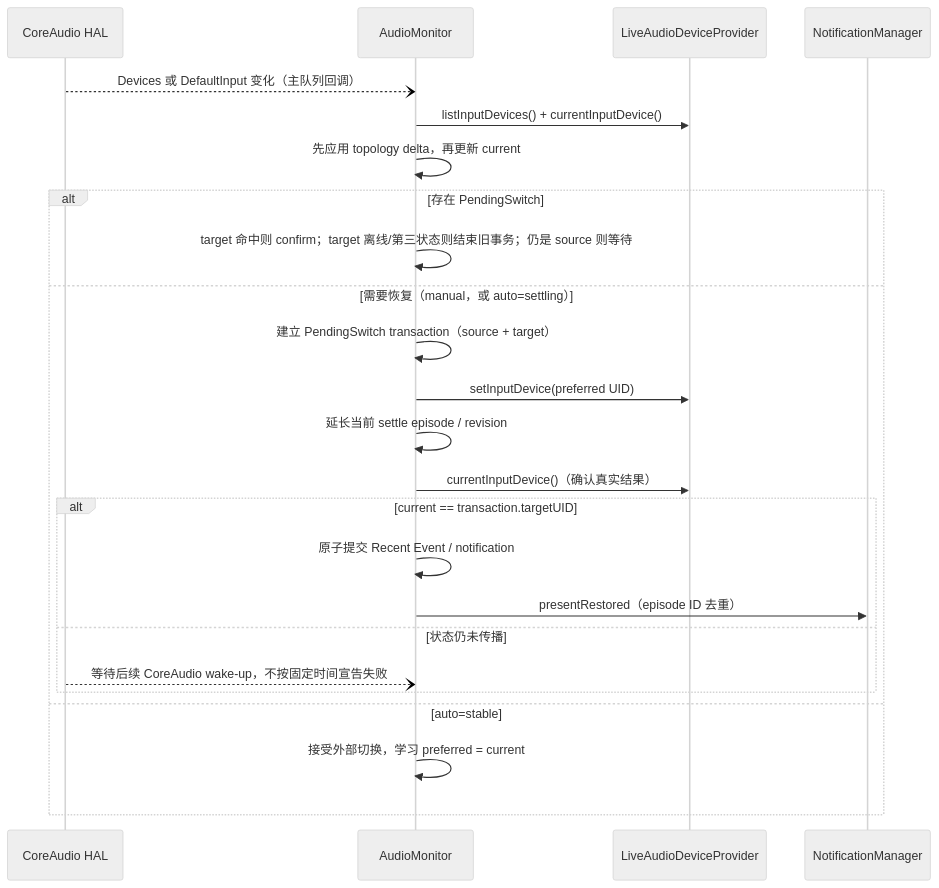
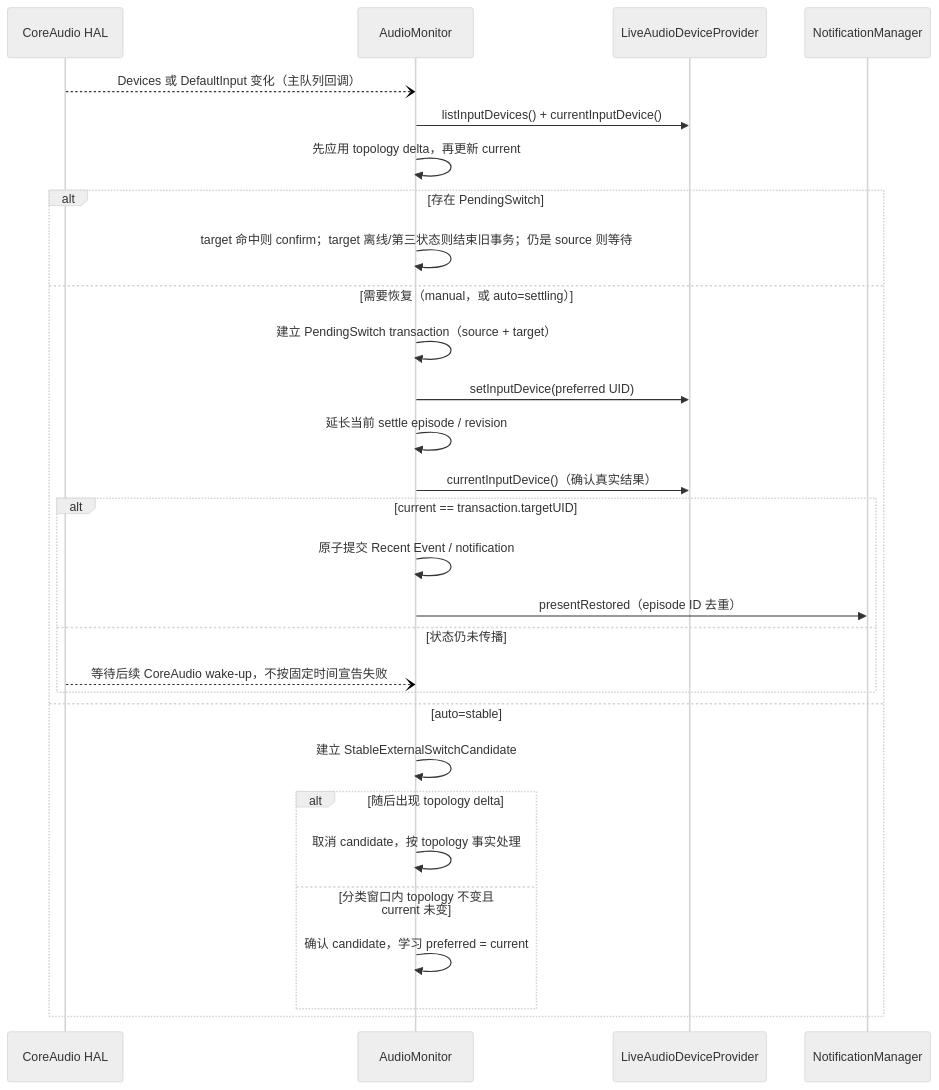
The second of 2 diagrams in docs/architecture.md (Forgo7ten/MicLock), drawn with Mermaid (neutral theme) before and after one commit. The commit also changed other lines of this file and 1 other file, not shown here.

````diff
--- a/docs/architecture.md
+++ b/docs/architecture.md
@@ -95,27 +97,32 @@
 ```mermaid
 sequenceDiagram
     participant HAL as CoreAudio HAL
     participant AM as AudioMonitor
     participant P as LiveAudioDeviceProvider
     participant N as NotificationManager
 
     HAL--)AM: Devices 或 DefaultInput 变化（主队列回调）
     AM->>P: listInputDevices() + currentInputDevice()
     AM->>AM: 先应用 topology delta，再更新 current
     alt 存在 PendingSwitch
         AM->>AM: target 命中则 confirm；target 离线/第三状态则结束旧事务；仍是 source 则等待
     else 需要恢复（manual，或 auto=settling）
         AM->>AM: 建立 PendingSwitch transaction（source + target）
         AM->>P: setInputDevice(preferred UID)
         AM->>AM: 延长当前 settle episode / revision
         AM->>P: currentInputDevice()（确认真实结果）
         alt current == transaction.targetUID
             AM->>AM: 原子提交 Recent Event / notification
             AM->>N: presentRestored（episode ID 去重）
         else 状态仍未传播
             HAL--)AM: 等待后续 CoreAudio wake-up，不按固定时间宣告失败
         end
     else auto=stable
-        AM->>AM: 接受外部切换，学习 preferred = current
+        AM->>AM: 建立 StableExternalSwitchCandidate
+        alt 随后出现 topology delta
+            AM->>AM: 取消 candidate，按 topology 事实处理
+        else 分类窗口内 topology 不变且 current 未变
+            AM->>AM: 确认 candidate，学习 preferred = current
+        end
     end
 ```
````
